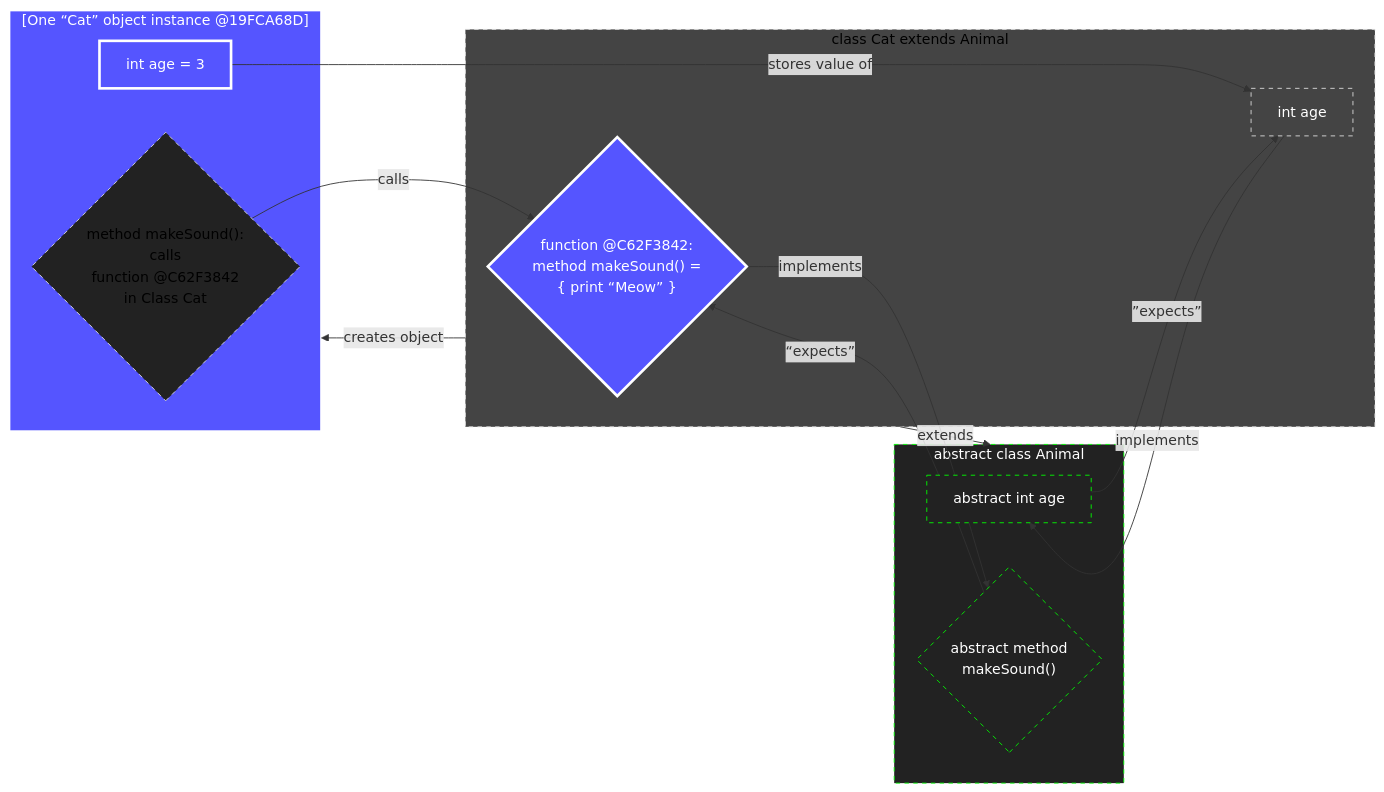
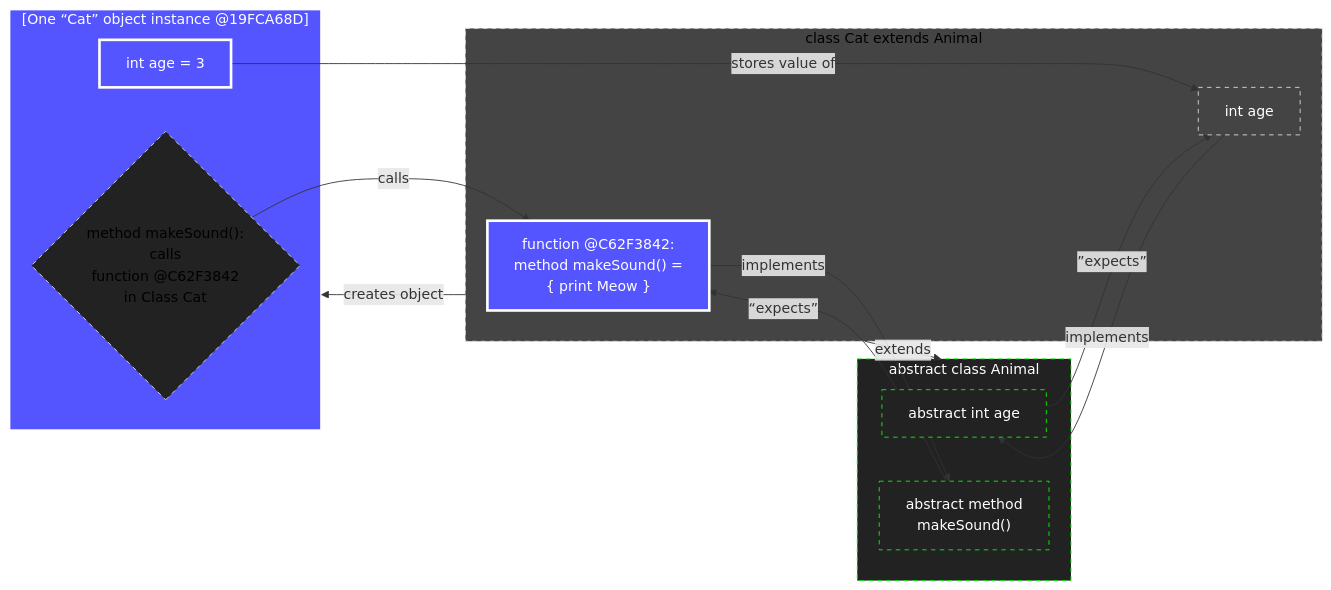
Before and after one commit to realityexpander/How_to_program_from_ground_up: the first of 5 diagrams in 09-ClassOrientedProgramming.md, drawn with Mermaid.

Commit message:
Add to COP

````diff
--- a/09-ClassOrientedProgramming.md
+++ b/09-ClassOrientedProgramming.md
@@ -28,42 +28,38 @@
     ```mermaid
       flowchart LR
-    
-      catObjectMakeSoundMethodFunctionPointer -- calls --> catClassMakeSoundMethod:::Object
-      catObjectAgeInt -- stores value of --> catClassAgeInt
-      subgraph catObject["[One “Cat” object instance @19FCA68D]"]
-          catObjectAgeInt["int age = 3"]
-          catObjectMakeSoundMethodFunctionPointer{"method makeSound(): 
-                                             calls 
-                                       function @C62F3842
-                                       in Class Cat"}
-      end
-      
-      abstractAgeInt -- ”expects” --> catClassAgeInt
-      abstractMakeSoundMethod -- “expects” --> catClassMakeSoundMethod:::Object
-      catClassAgeInt -- implements --> abstractAgeInt:::Abstract
-      subgraph classCat["class Cat extends Animal"]
-          catClassAgeInt["int age"]
-          catClassMakeSoundMethod{"function @C62F3842:  
-                      method makeSound() =
-                      { print “Meow” }"}
-      end
-    
-      classCat -- creates object --> catObject:::Object
-      classCat -- extends --> abstractAnimal:::Abstract
-      catClassMakeSoundMethod -- implements --> abstractMakeSoundMethod:::Abstract
-      subgraph abstractAnimal["abstract class Animal"]
-        abstractAgeInt["abstract int age"]
-        abstractMakeSoundMethod{"abstract method 
-                                 makeSound()"}
-      end
-    
-      classDef Abstract fill:#222, stroke:#0F0, stroke-width:1px, color:#fff, stroke-dasharray: 5 5
-      
-      classDef Class fill:#444, stroke:#00F, stroke-width:1px, color:#000, stroke-dasharray: 5 5
-      style classCat fill:#444, stroke:#DDD, stroke-width:1px, color:#000, stroke-dasharray: 5 5
-      style catClassAgeInt fill:#444, stroke:#DDD, stroke-width:1px, color:#FFF, stroke-dasharray: 5 5
-          
-      classDef Object fill:#55F, stroke:#FFF, stroke-width:3px, color:#fff
-      style catObjectAgeInt fill:#55F, stroke:#FFF, stroke-width:3px, color:#fff
-      style catObjectMakeSoundMethodFunctionPointer fill:#222, stroke:#DDD, stroke-width:1px, color:#000, stroke-dasharray: 5 5
+        catObjectMakeSoundMethodFunctionPointer -- calls --> catClassMakeSoundMethod:::Object
+        catObjectAgeInt -- stores value of --> catClassAgeInt
+        subgraph catObject["[One “Cat” object instance @19FCA68D]"]
+            catObjectAgeInt["int age = 3"]
+            catObjectMakeSoundMethodFunctionPointer{"method makeSound(): 
+                                               calls 
+                                         function @C62F3842
+                                         in Class Cat"}
+        end
+        abstractAgeInt -- ”expects” --> catClassAgeInt
+        abstractMakeSoundMethod -- “expects” --> catClassMakeSoundMethod:::Object
+        catClassAgeInt -- implements --> abstractAgeInt:::Abstract
+        subgraph classCat["class Cat extends Animal"]
+            catClassAgeInt["int age"]
+            catClassMakeSoundMethod["function @C62F3842:  
+                        method makeSound() =
+                        { print Meow }"]
+        end
+        
+        classCat -- creates object --> catObject:::Object
+        classCat -- extends --> abstractAnimal:::Abstract
+        catClassMakeSoundMethod -- implements --> abstractMakeSoundMethod:::Abstract
+        subgraph abstractAnimal["abstract class Animal"]
+          abstractAgeInt["abstract int age"]
+          abstractMakeSoundMethod["abstract method 
+                                   makeSound()"]
+        end
+        
+        classDef Abstract fill:#222, stroke:#0F0, stroke-width:1px, color:#fff, stroke-dasharray: 5 5
+        classDef Class fill:#444, stroke:#00F, stroke-width:1px, color:#000, stroke-dasharray: 5 5
+        style classCat fill:#444, stroke:#DDD, stroke-width:1px, color:#000, stroke-dasharray: 5 5
+        style catClassAgeInt fill:#444, stroke:#DDD, stroke-width:1px, color:#FFF, stroke-dasharray: 5 5
+        classDef Object fill:#55F, stroke:#FFF, stroke-width:3px, color:#fff
+        style catObjectAgeInt fill:#55F, stroke:#FFF, stroke-width:3px, color:#fff
+        style catObjectMakeSoundMethodFunctionPointer fill:#222, stroke:#DDD, stroke-width:1px, color:#000, stroke-dasharray: 5 5
     ```
````
